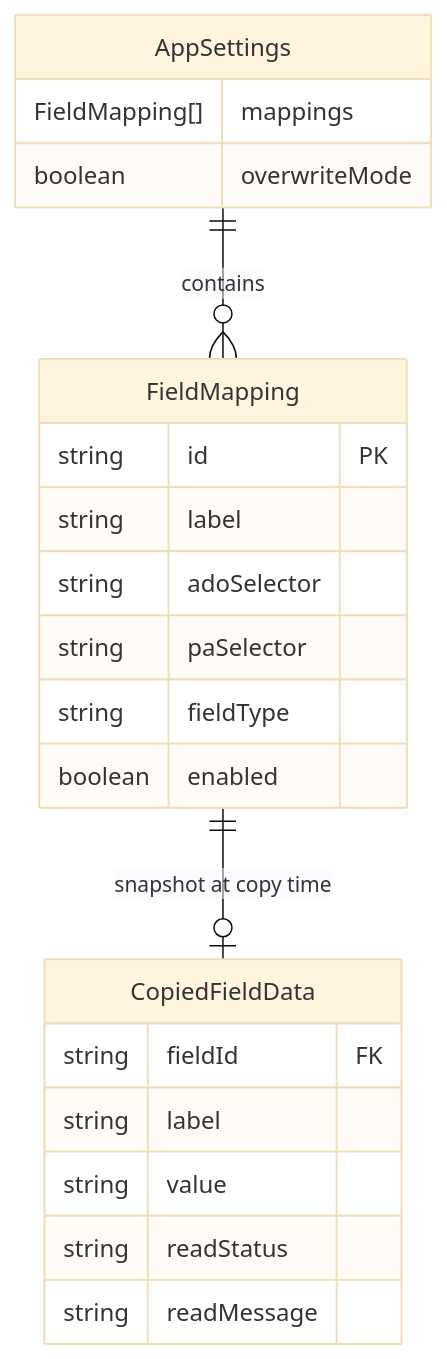
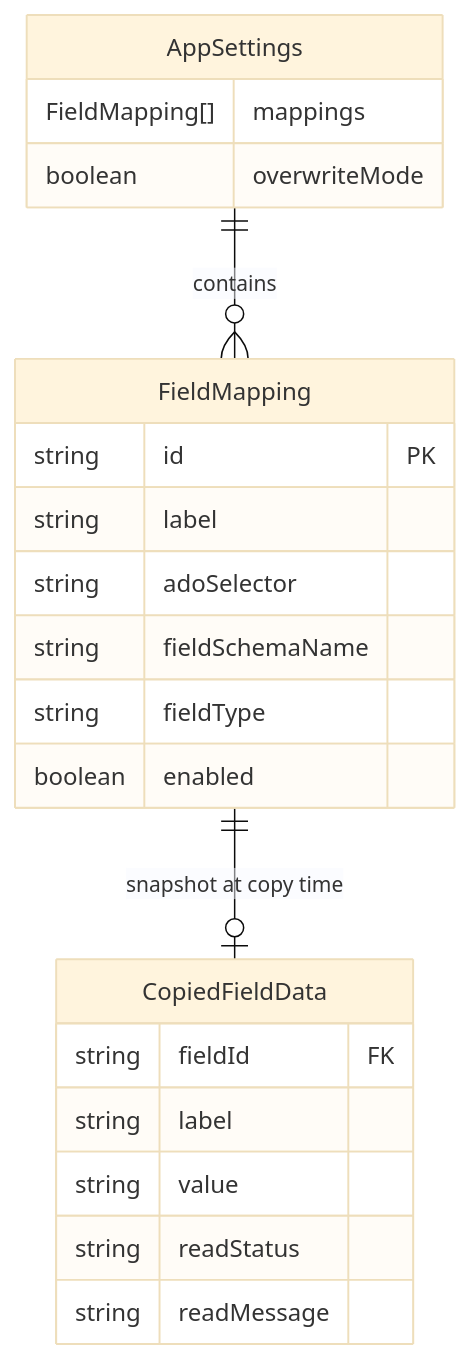
The second of 2 diagrams in SPEC.md (shguevara/ado-to-pa-copypaster), drawn with Mermaid (base theme) before and after one commit. The commit also changed other lines of this file and 3 other files, not shown here.

````diff
--- a/SPEC.md
+++ b/SPEC.md
@@ -216,27 +247,27 @@
 ```mermaid
 erDiagram
     AppSettings {
         FieldMapping[] mappings
         boolean overwriteMode
     }
 
     FieldMapping {
         string id PK
         string label
         string adoSelector
-        string paSelector
+        string fieldSchemaName
         string fieldType
         boolean enabled
     }
 
     CopiedFieldData {
         string fieldId FK
         string label
         string value
         string readStatus
         string readMessage
     }
 
     AppSettings ||--o{ FieldMapping : contains
     FieldMapping ||--o| CopiedFieldData : "snapshot at copy time"
 ```
````
